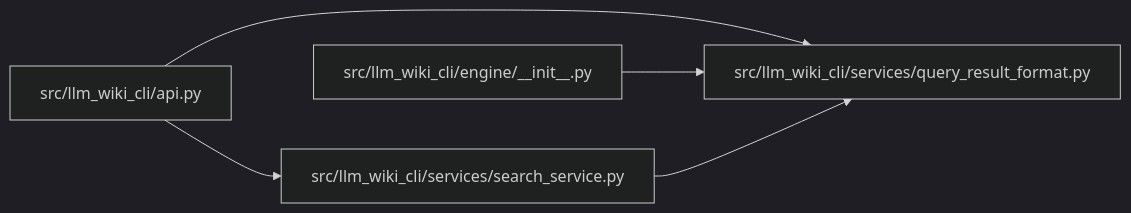
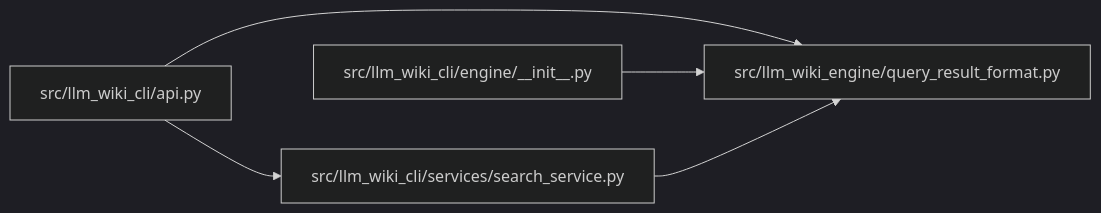
The diagram in docs/llm_wiki/modules/query_result_format.md (Denissvgn/python-wiki-llm), drawn with Mermaid (dark theme) before and after one commit. The commit also changed other lines of this file and 1103 other files, not shown here.

First line of the commit message:
docs: refresh the wiki for the llm-wiki-engine distribution

````diff
--- a/docs/llm_wiki/modules/query_result_format.md
+++ b/docs/llm_wiki/modules/query_result_format.md
@@ -25,15 +25,15 @@
 ```mermaid
 flowchart LR
     n0["src/llm_wiki_cli/api.py"]
     n1["src/llm_wiki_cli/engine/__init__.py"]
-    n2["src/llm_wiki_cli/services/query_result_format.py"]
-    n3["src/llm_wiki_cli/services/search_service.py"]
+    n2["src/llm_wiki_cli/services/search_service.py"]
+    n3["src/llm_wiki_engine/query_result_format.py"]
     n0 --> n2
     n0 --> n3
-    n1 --> n2
-    n3 --> n2
+    n1 --> n3
+    n2 --> n3
     click n0 "../modules/api.md"
     click n1 "../modules/engine___init__.md"
-    click n2 "../modules/query_result_format.md"
-    click n3 "../modules/search_service.md"
+    click n2 "../modules/search_service.md"
+    click n3 "../modules/query_result_format.md"
 ```
````
